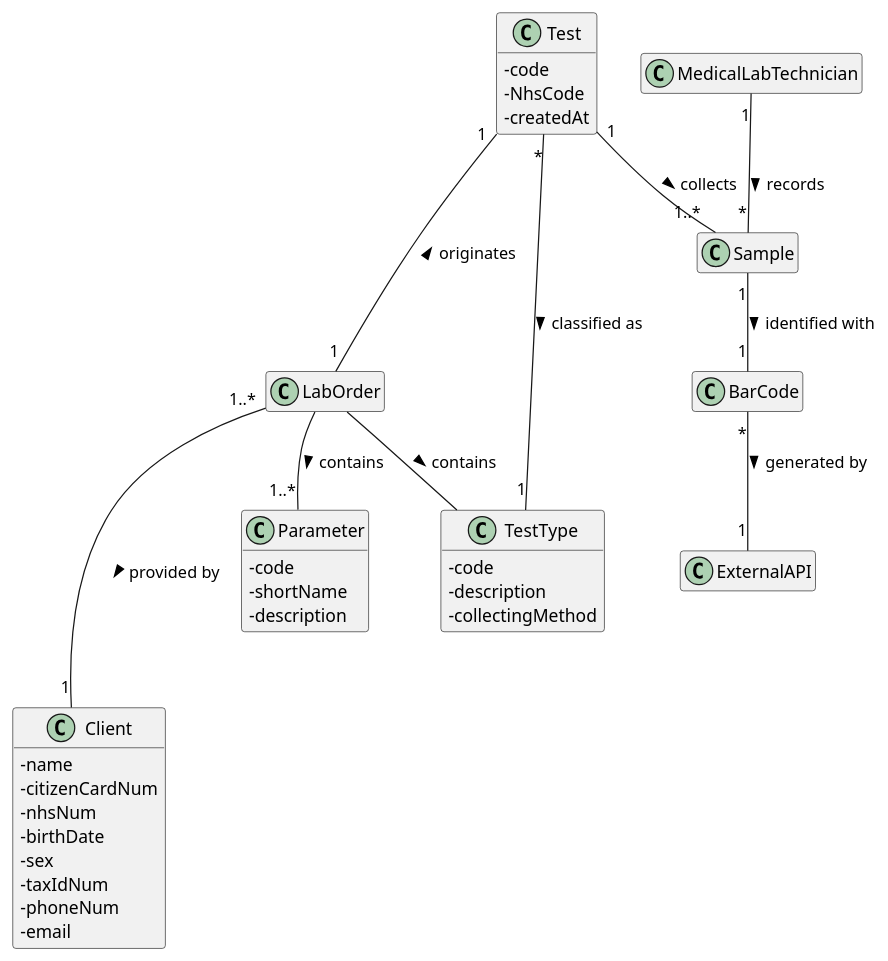
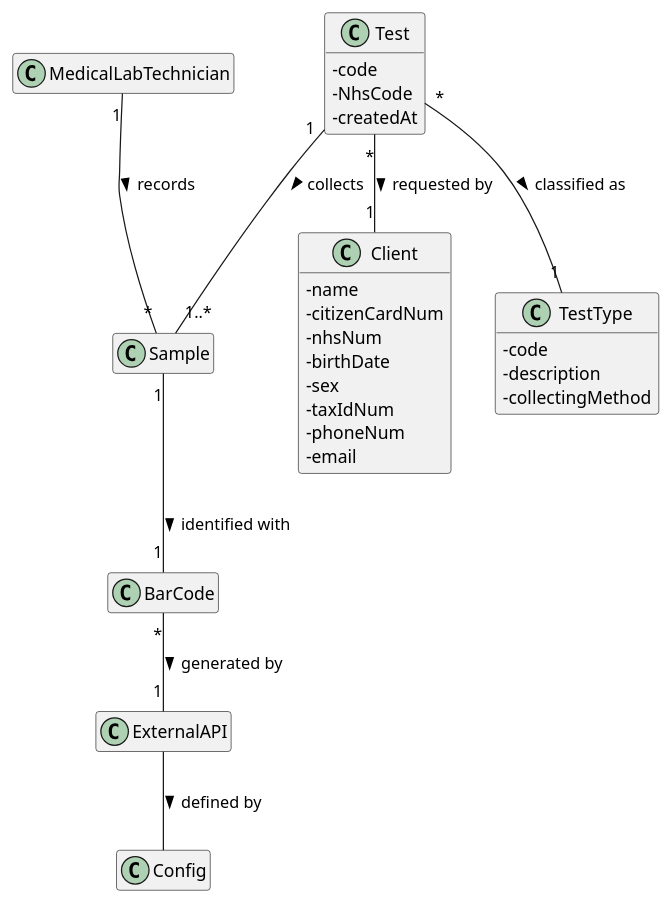
The diagram in docs/SprintC/US_5/US5_DM.puml (ana-albergaria/LAPR2-ISEP), drawn with PlantUML before and after one commit. The commit also changed 6 other files, not shown here.

Commit message:
US5 SSD Diagram + MD Diagram

```diff
--- a/docs/SprintC/US_5/US5_DM.puml
+++ b/docs/SprintC/US_5/US5_DM.puml
@@ -1,61 +1,70 @@
 @startuml
 
 skinparam classAttributeIconSize 0
 hide empty methods
 hide empty attributes
 
 class MedicalLabTechnician{}
 
 class Sample{}
 
 class Test{
 - code
 - NhsCode
 - createdAt
 }
 
 class BarCode {}
 
 class ExternalAPI{}
 
-class LabOrder{}
+/'class LabOrder{}'/
 
 class Client{
 - name
 - citizenCardNum
 - nhsNum
 - birthDate
 - sex
 - taxIdNum
 - phoneNum
 - email
 }
 
 class TestType{
 - code
 - description
 - collectingMethod
 }
 
-class Parameter {
+/'class Parameter {
   -code
   -shortName
   -description
-}
+}'/
+
+class Config {}
 
 
 
 
 MedicalLabTechnician "1" -- "*" Sample : records >
 Sample "1" -- "1" BarCode : identified with >
 BarCode "*" -- "1" ExternalAPI : generated by >
 Test "1" -- "1..*" Sample : collects >
-Test "1" --- "1" LabOrder : originates <
-LabOrder "1..*" --- "1" Client : provided by >
+/'Test "1" --- "1" LabOrder : originates <'/
+/'LabOrder "1..*" --- "1" Client : provided by >'/
 Test "*" -- "1" TestType : classified as >
 
-LabOrder -- TestType : contains >
-LabOrder -- "1..*" Parameter : contains >
+/'LabOrder -- TestType : contains >'/
+/'LabOrder -- "1..*" Parameter : contains >'/
+
+ExternalAPI -- Config : defined by >
+
+Test "*" -- "1" Client : requested by >
+
+/'FALTA ADICIONAR ASSOCIAÇÕES: CLIENT <-> TEST , CLIENT <-> SAMPLE'/
+/'PORQUÊ QUE O TEST TEM 2 codes?'/
 
 
 @enduml
```
